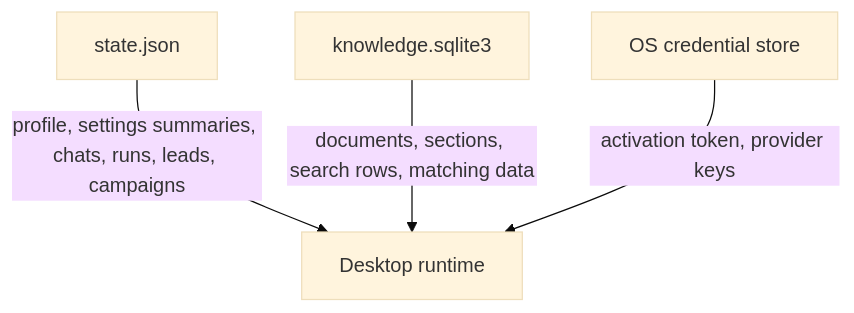
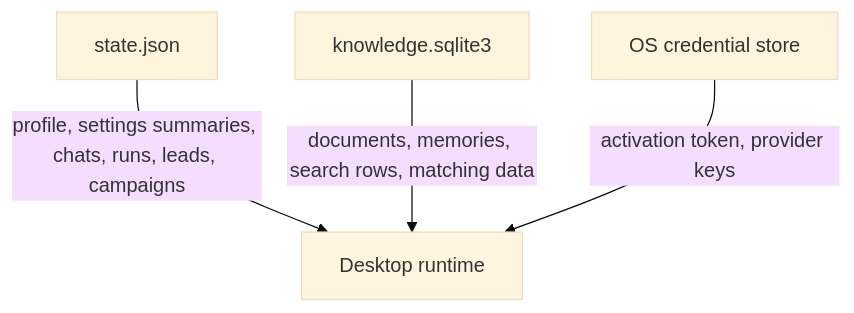
Before and after one commit to Afnanksalal/co-op: the fourth of 4 diagrams in docs/ARCHITECTURE.md, drawn with Mermaid (base theme). The commit also changed other lines of this file and 69 other files, not shown here.

````diff
--- a/docs/ARCHITECTURE.md
+++ b/docs/ARCHITECTURE.md
@@ -145,9 +148,9 @@
 ```mermaid
 flowchart TD
   State["state.json"]
   SQLite["knowledge.sqlite3"]
   Secrets["OS credential store"]
   State -->|"profile, settings summaries, chats, runs, leads, campaigns"| Desktop["Desktop runtime"]
-  SQLite -->|"documents, sections, search rows, matching data"| Desktop
+  SQLite -->|"documents, memories, search rows, matching data"| Desktop
   Secrets -->|"activation token, provider keys"| Desktop
 ```
````
